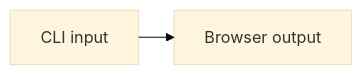
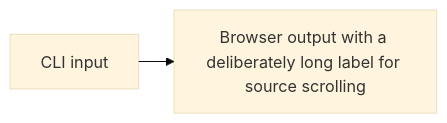
The diagram in packages/lumen-ui/tests/browser/cli-site/docs/index.md (omnitron-dev/omni), drawn with Mermaid (base theme) before and after one commit. The commit also changed 3 other files, not shown here.

Commit message:
fix(lumen): bound static and interactive diagram source scrolling

````diff
--- a/packages/lumen-ui/tests/browser/cli-site/docs/index.md
+++ b/packages/lumen-ui/tests/browser/cli-site/docs/index.md
@@ -3,8 +3,8 @@
 ```mermaid
 ---
 config:
   layout: elk
 ---
 flowchart LR
-A[CLI input] --> B[Browser output]
+A[CLI input] --> B[Browser output with a deliberately long label for source scrolling]
 ```
````
